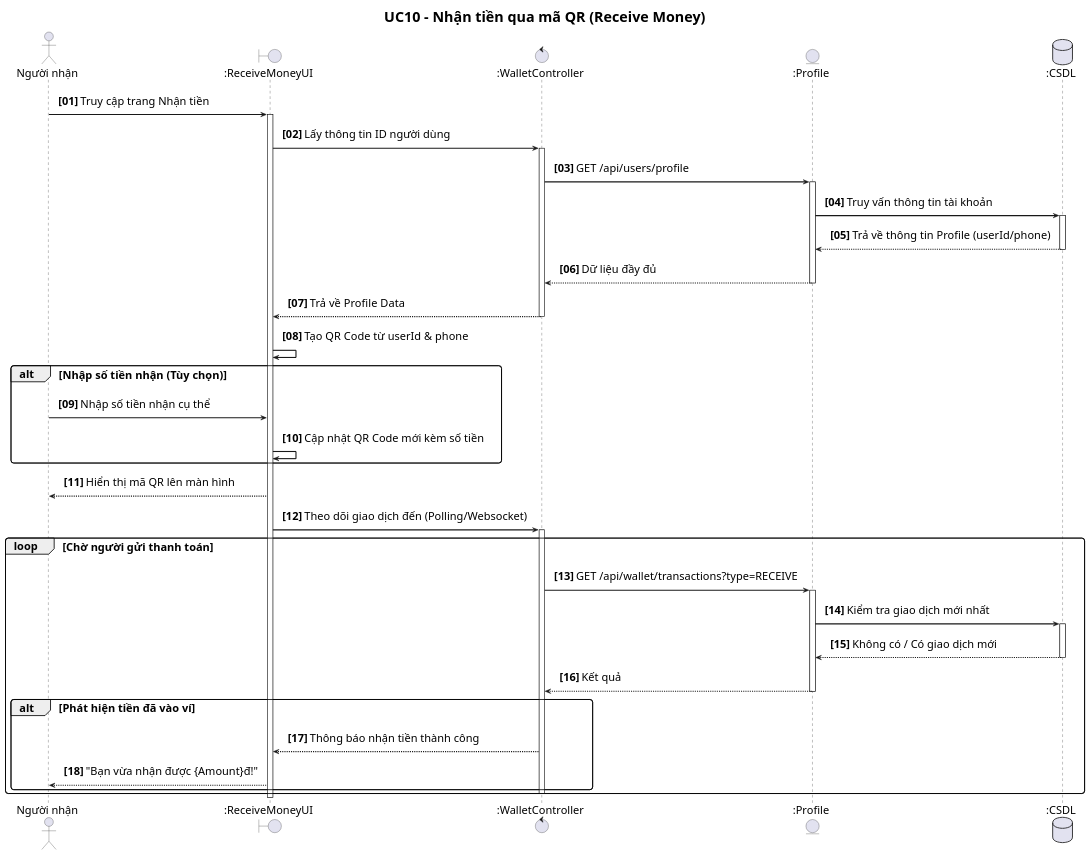
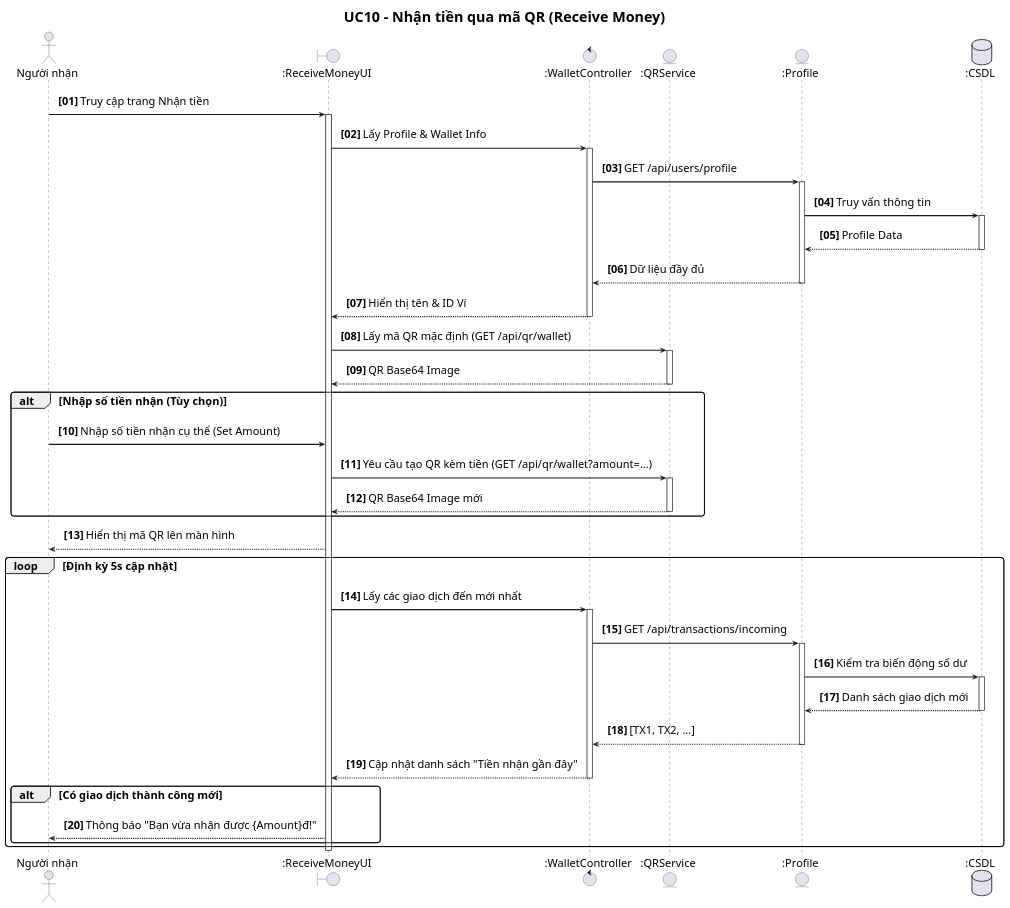
The diagram in front-end/src/usecaseUML/UC10_NhanTienQR.puml (Gonztbl/DATN_FRONT-END), drawn with PlantUML before and after one commit. The commit also changed 40 other files, not shown here.

```diff
--- a/front-end/src/usecaseUML/UC10_NhanTienQR.puml
+++ b/front-end/src/usecaseUML/UC10_NhanTienQR.puml
@@ -1,73 +1,80 @@
 @startuml UC10_NhanTienQR
 title UC10 - Nhận tiền qua mã QR (Receive Money)
 
 autonumber "<b>[00]</b>"
 skinparam sequenceArrowThickness 2
 skinparam roundcorner 10
 skinparam defaultFontSize 20
 skinparam titleFontSize 26
 skinparam sequenceFontSize 19
 skinparam sequenceMessageFontSize 20
 skinparam sequenceActorFontSize 20
 skinparam sequenceParticipantFontSize 20
 skinparam noteFontSize 18
 skinparam sequenceArrowFontSize 20
 skinparam sequence {
     ParticipantPadding 30
     LifeLinePadding 20
     MessagePadding 10
 }
 
 actor "Người nhận" as User
 boundary ":ReceiveMoneyUI" as UI
 control ":WalletController" as CTRL
+entity ":QRService" as QRS
 entity ":Profile" as API
 database ":CSDL" as DB
 
 User -> UI : Truy cập trang Nhận tiền
 activate UI
 
-UI -> CTRL : Lấy thông tin ID người dùng
+UI -> CTRL : Lấy Profile & Wallet Info
 activate CTRL
 CTRL -> API : GET /api/users/profile
 activate API
-API -> DB : Truy vấn thông tin tài khoản
+API -> DB : Truy vấn thông tin
 activate DB
-DB --> API : Trả về thông tin Profile (userId/phone)
+DB --> API : Profile Data
 deactivate DB
 API --> CTRL : Dữ liệu đầy đủ
 deactivate API
-CTRL --> UI : Trả về Profile Data
+CTRL --> UI : Hiển thị tên & ID Ví
 deactivate CTRL
 
-UI -> UI : Tạo QR Code từ userId & phone
+UI -> QRS : Lấy mã QR mặc định (GET /api/qr/wallet)
+activate QRS
+QRS --> UI : QR Base64 Image
+deactivate QRS
 
 alt Nhập số tiền nhận (Tùy chọn)
-    User -> UI : Nhập số tiền nhận cụ thể
-    UI -> UI : Cập nhật QR Code mới kèm số tiền
+    User -> UI : Nhập số tiền nhận cụ thể (Set Amount)
+    UI -> QRS : Yêu cầu tạo QR kèm tiền (GET /api/qr/wallet?amount=...)
+    activate QRS
+    QRS --> UI : QR Base64 Image mới
+    deactivate QRS
 end
 
 UI --> User : Hiển thị mã QR lên màn hình
 
-UI -> CTRL : Theo dõi giao dịch đến (Polling/Websocket)
-loop Chờ người gửi thanh toán
+loop Định kỳ 5s cập nhật
+    UI -> CTRL : Lấy các giao dịch đến mới nhất
     activate CTRL
-    CTRL -> API : GET /api/wallet/transactions?type=RECEIVE
+    CTRL -> API : GET /api/transactions/incoming
     activate API
-    API -> DB : Kiểm tra giao dịch mới nhất
+    API -> DB : Kiểm tra biến động số dư
     activate DB
-    DB --> API : Không có / Có giao dịch mới
+    DB --> API : Danh sách giao dịch mới
     deactivate DB
-    API --> CTRL : Kết quả
+    API --> CTRL : [TX1, TX2, ...]
     deactivate API
+    CTRL --> UI : Cập nhật danh sách "Tiền nhận gần đây"
+    deactivate CTRL
     
-    alt Phát hiện tiền đã vào ví
-        CTRL --> UI : Thông báo nhận tiền thành công
-        UI --> User : "Bạn vừa nhận được {Amount}đ!"
+    alt Có giao dịch thành công mới
+        UI --> User : Thông báo "Bạn vừa nhận được {Amount}đ!"
     end
-    deactivate CTRL
 end
 
 deactivate UI
 
 @enduml
```
